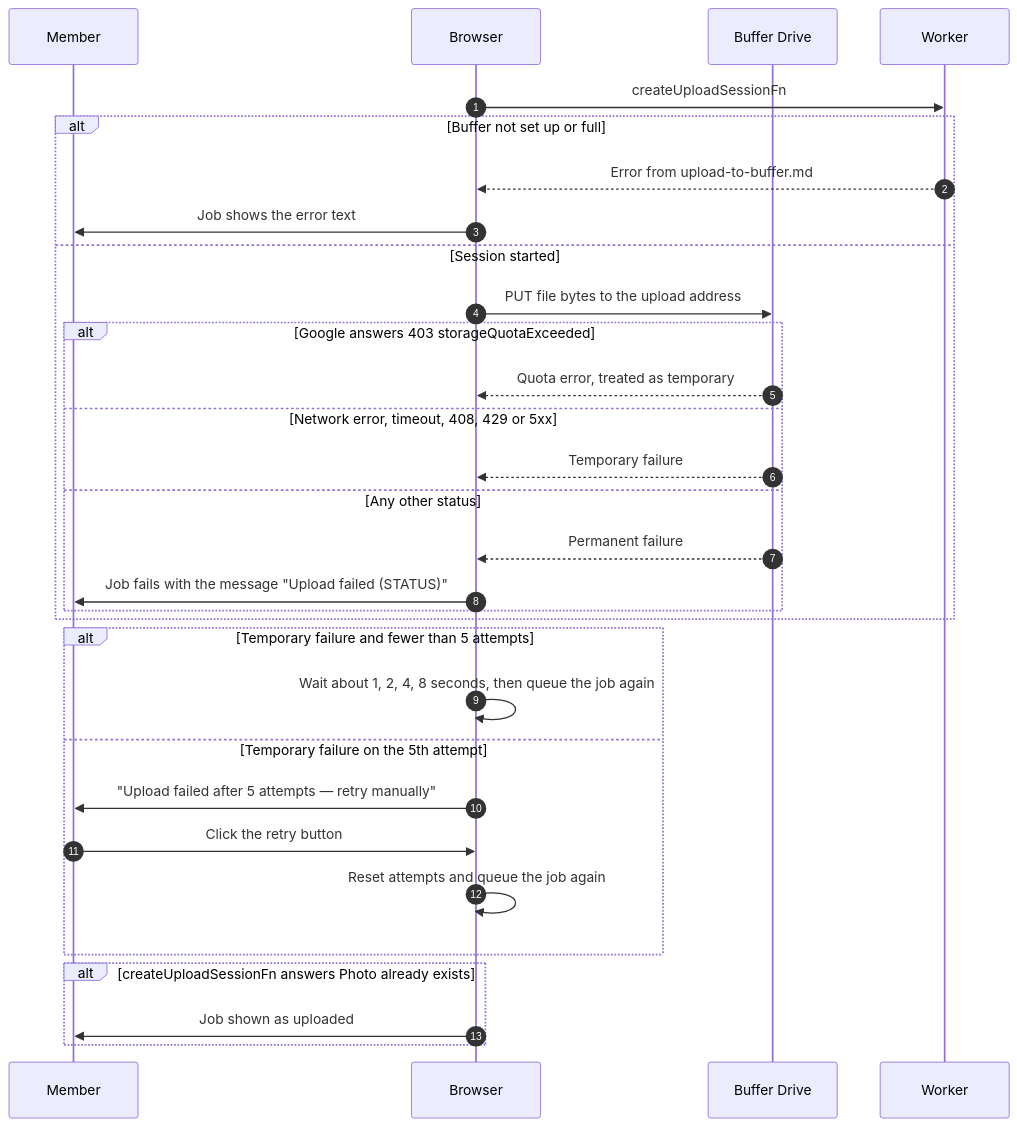
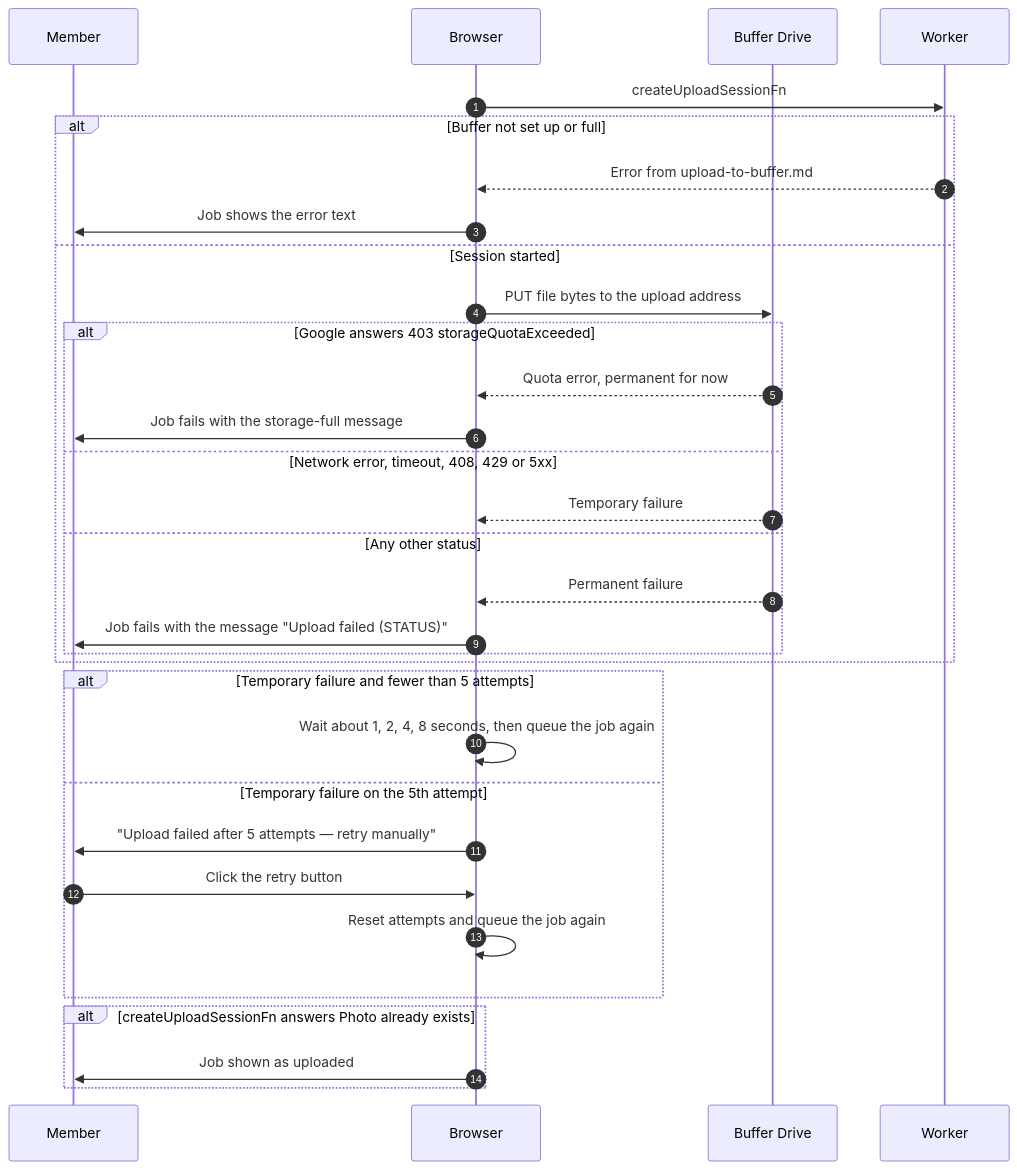
The diagram in docs/scenarios/albums/upload-failures.md (sagyzdop/meriksirat), drawn with Mermaid before and after one commit. The commit also changed other lines of this file and 24 other files, not shown here.

````diff
--- a/docs/scenarios/albums/upload-failures.md
+++ b/docs/scenarios/albums/upload-failures.md
@@ -16,33 +16,34 @@
 ```mermaid
 sequenceDiagram
     autonumber
     participant M as Member
     participant B as Browser
     participant U as Buffer Drive
     participant W as Worker
     B->>W: createUploadSessionFn
     alt Buffer not set up or full
         W-->>B: Error from upload-to-buffer.md
         B->>M: Job shows the error text
     else Session started
         B->>U: PUT file bytes to the upload address
         alt Google answers 403 storageQuotaExceeded
-            U-->>B: Quota error, treated as temporary
+            U-->>B: Quota error, permanent for now
+            B->>M: Job fails with the storage-full message
         else Network error, timeout, 408, 429 or 5xx
             U-->>B: Temporary failure
         else Any other status
             U-->>B: Permanent failure
             B->>M: Job fails with the message "Upload failed (STATUS)"
         end
     end
     alt Temporary failure and fewer than 5 attempts
         B->>B: Wait about 1, 2, 4, 8 seconds, then queue the job again
     else Temporary failure on the 5th attempt
         B->>M: "Upload failed after 5 attempts — retry manually"
         M->>B: Click the retry button
         B->>B: Reset attempts and queue the job again
     end
     alt createUploadSessionFn answers Photo already exists
         B->>M: Job shown as uploaded
     end
 ```
````
